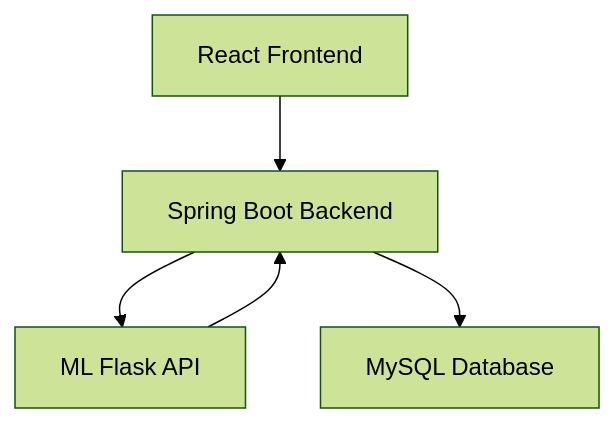
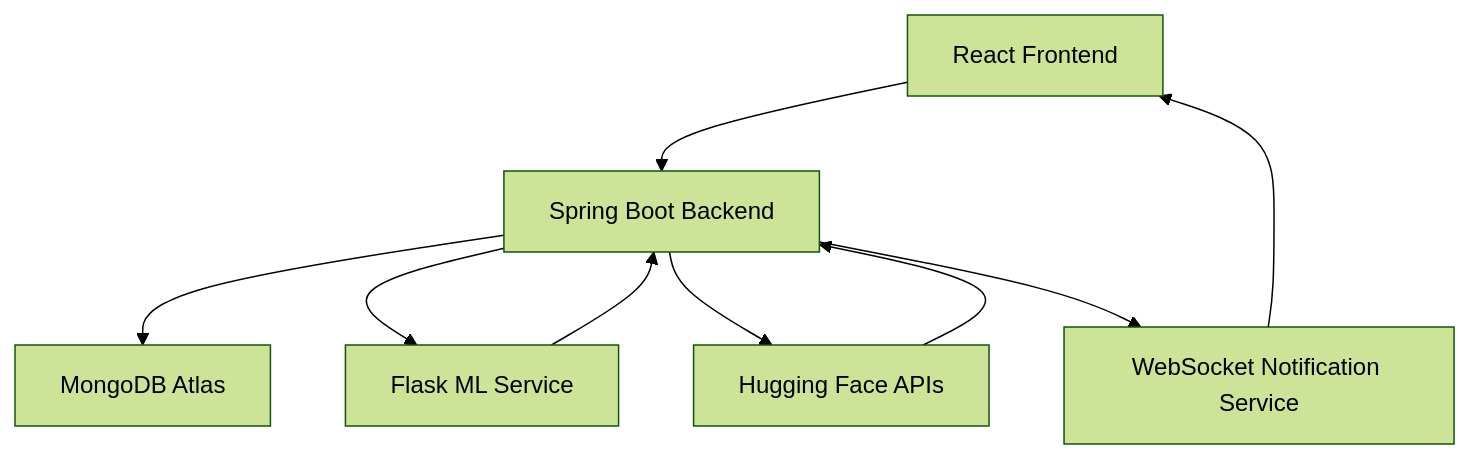
One commit to AvneshTech/TrueLens-AI-Powered-News-Intelligence-Platform changed the diagram in README.md. Above: the diagram before and after it, drawn with Mermaid (forest theme). The commit also changed other lines of this file, not shown here.

````diff
--- a/README.md
+++ b/README.md
@@ -48,7 +146,18 @@
 ```mermaid
 graph TD
-A[React Frontend] --> B[Spring Boot Backend]
-B --> C[ML Flask API]
-B --> D[MySQL Database]
-C --> B
+
+A[React Frontend]
+--> B[Spring Boot Backend]
+
+B --> C[MongoDB Atlas]
+
+B --> D[Flask ML Service]
+
+B --> E[Hugging Face APIs]
+
+B --> F[WebSocket Notification Service]
+
+D --> B
+E --> B
+F --> A
 ```
````
